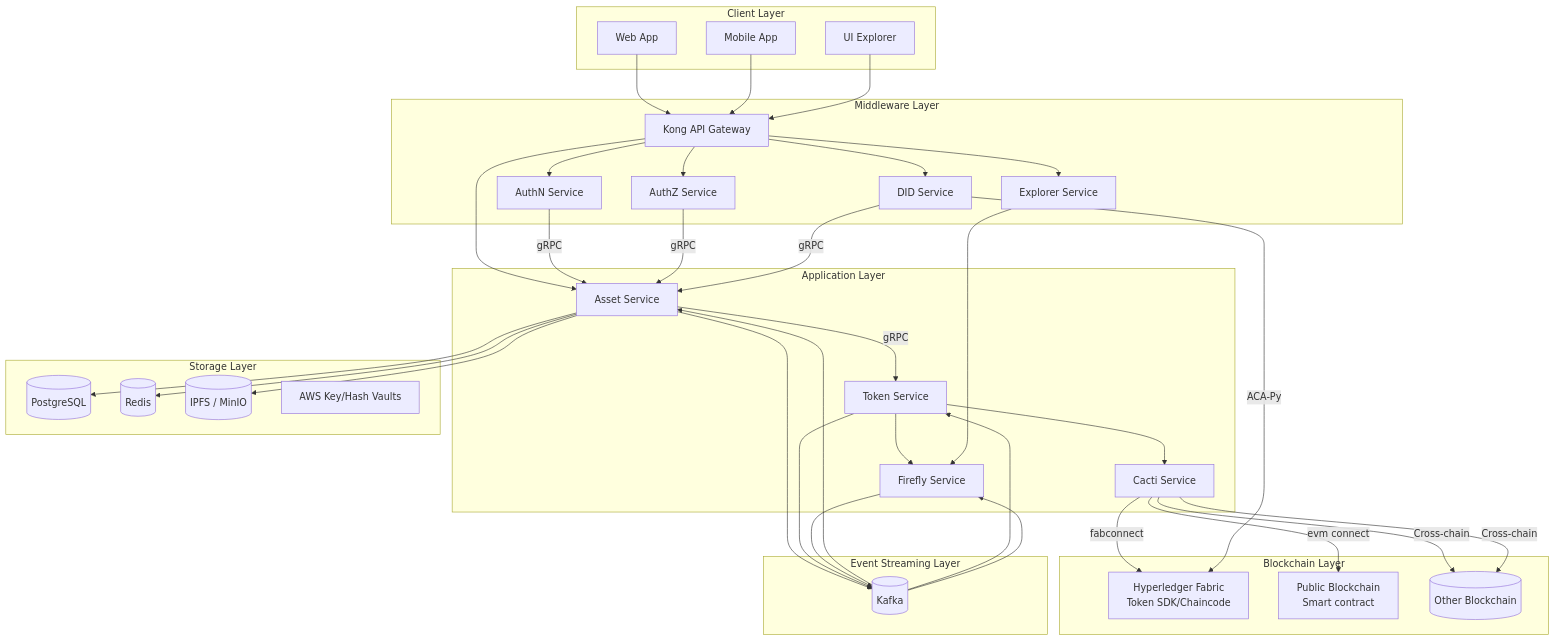
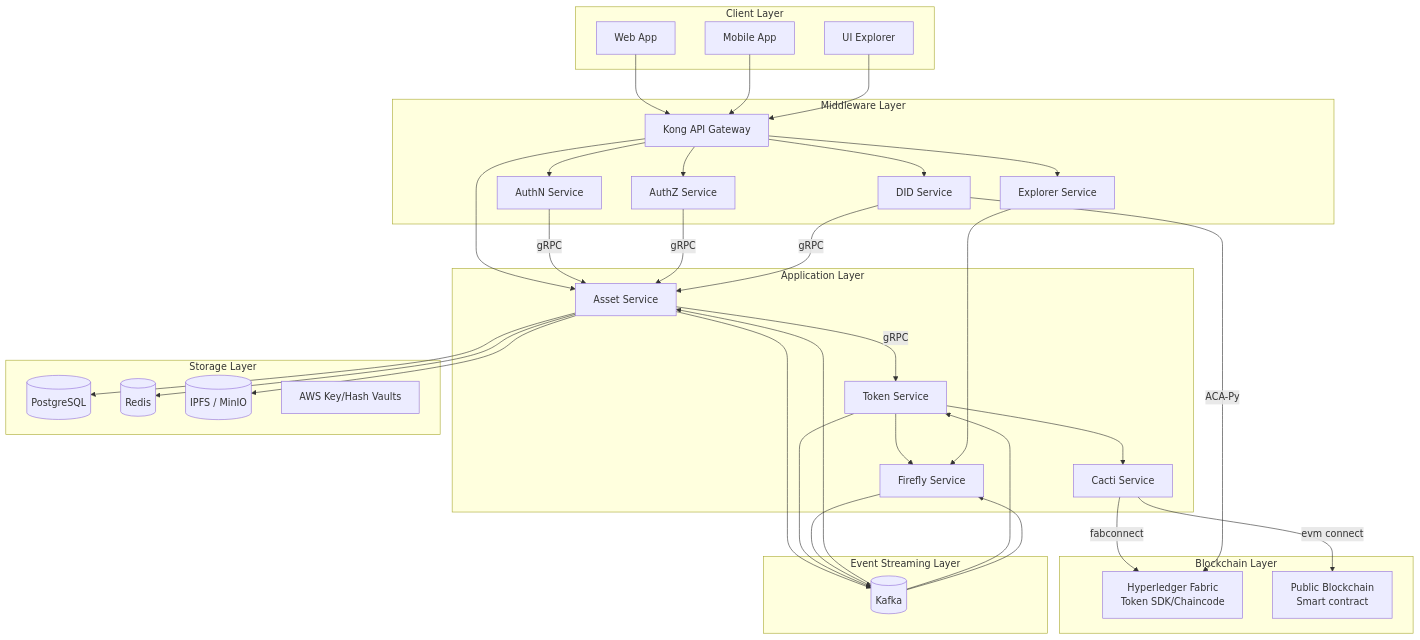
One commit to metafi-blockchain/metafi-digital-assets-service changed the first of 4 diagrams in docs/architecture-design.en.md. Above: the diagram before and after it, drawn with Mermaid.

````diff
--- a/docs/architecture-design.en.md
+++ b/docs/architecture-design.en.md
@@ -36,78 +36,75 @@
 ```mermaid
 graph TD
     subgraph "Client Layer"
         Web[Web App]
         Mobile[Mobile App]
         Explorer[UI Explorer]
     end
 
     subgraph "Middleware Layer"
         Gateway[Kong API Gateway]
         AuthN[AuthN Service]
         AuthZ[AuthZ Service]
         DID["DID Service"]
         ExplorerService[Explorer Service]
     end
 
     subgraph "Application Layer"
         Asset[Asset Service]
         Token[Token Service]
         Firefly[Firefly Service]
         ExplorerService[Explorer Service]
         Cacti[Cacti Service]
     end
 
     subgraph "Blockchain Layer"
         Fabric["Hyperledger Fabric<br/>Token SDK/Chaincode"]
         PublicChain[Public Blockchain<br/>  Smart contract]
-        OtherBlockchain[(Other Blockchain)]
     end
 
     subgraph "Storage Layer"
         DB[(PostgreSQL)]
         Cache[(Redis)]
         Storage[(IPFS / MinIO)]
         KeyVaults[AWS Key/Hash Vaults]
     end
 
     subgraph "Event Streaming Layer"
         Kafka[(Kafka)]
     end
 
     Web --> Gateway
     Mobile --> Gateway
     Explorer --> Gateway
 
     Gateway --> AuthN
     Gateway --> AuthZ
     Gateway --> Asset
     Gateway --> DID
 
     Gateway --> ExplorerService
 
     AuthN --> |gRPC|Asset
     AuthZ -->|gRPC|Asset
     DID --> |gRPC|Asset
 
     Asset --> |gRPC|Token
     Token --> Firefly
     Token --> Cacti
     Cacti -->|fabconnect| Fabric
     Cacti -->|evm connect| PublicChain
-    Cacti -->|Cross-chain| OtherBlockchain[(Other Blockchain)]
 
     Asset --> DB
     Asset --> Cache
     Asset --> Storage
     DID -->|ACA-Py| Fabric
 
     Asset --> Kafka
     Kafka --> Asset
     Token --> Kafka
     Kafka --> Token
     Firefly --> Kafka
     Kafka --> Firefly
 
     ExplorerService --> Firefly
-    Cacti -->|Cross-chain| OtherBlockchain[(Other Blockchain)]
 ```
````
